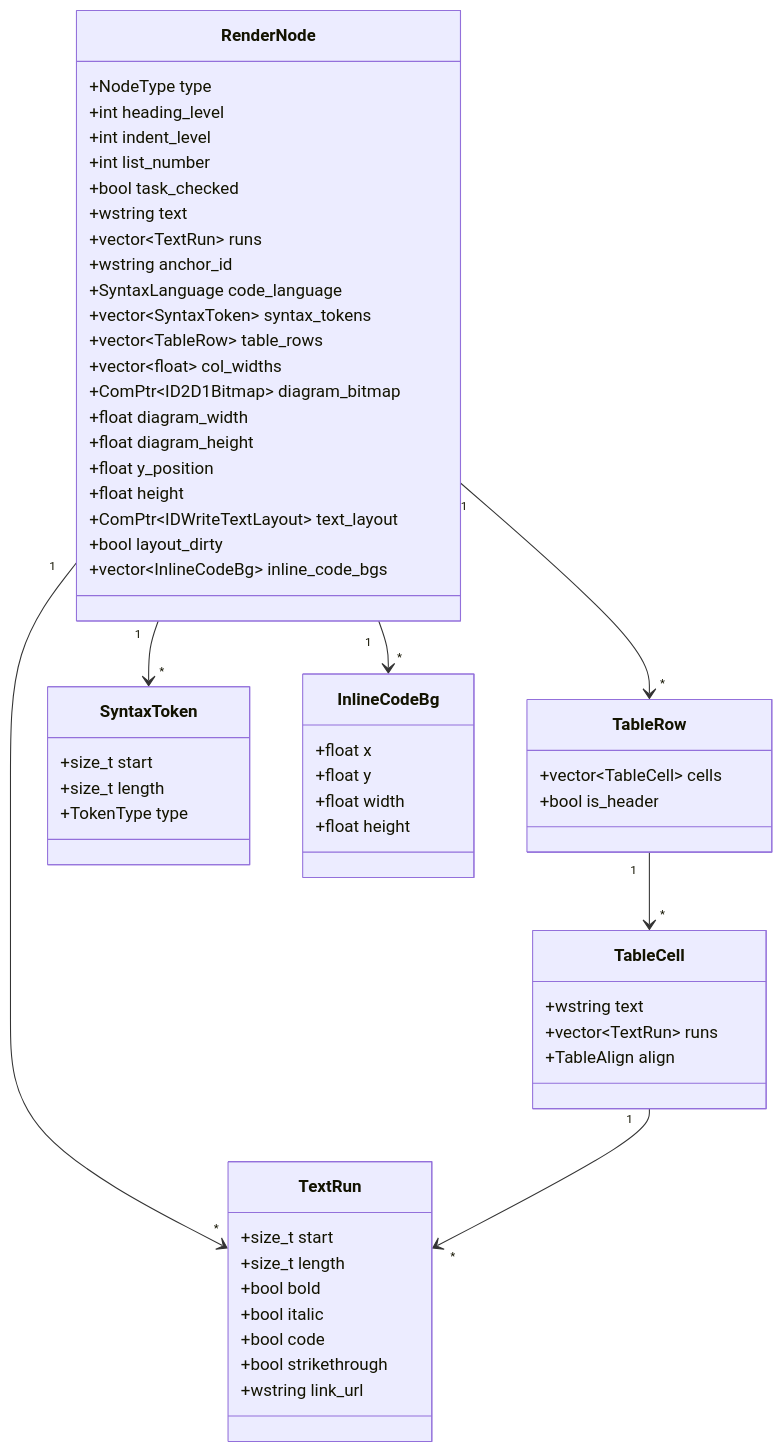
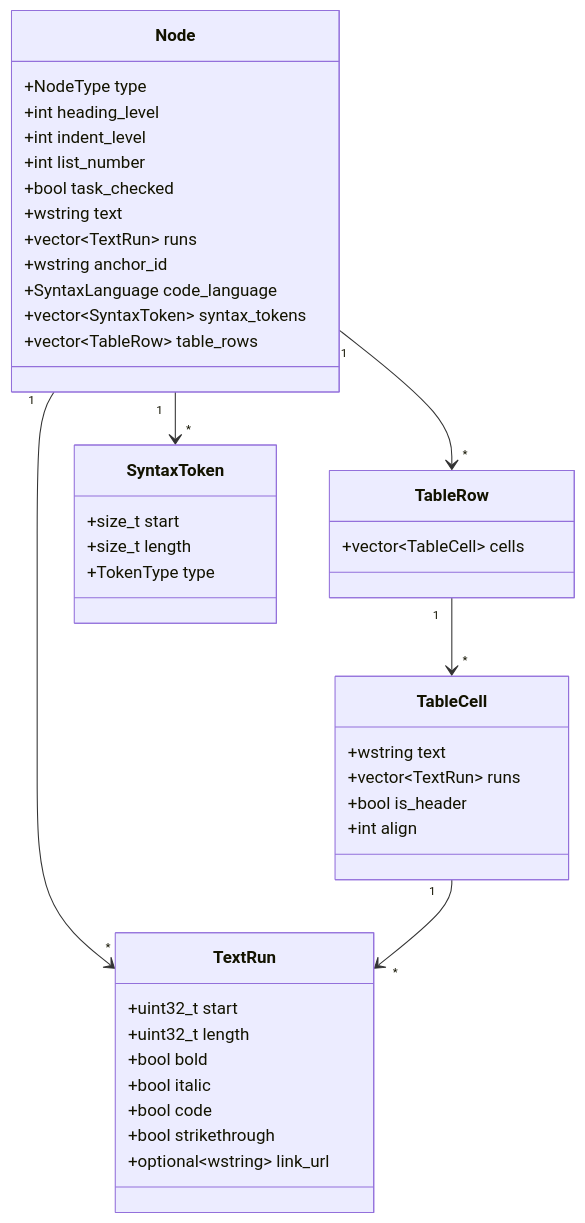
Before and after one commit to tanaton/mendo: diagram 14 of 27 in test.md, drawn with Mermaid. The commit also changed other lines of this file, not shown here.

````diff
--- a/test.md
+++ b/test.md
@@ -707,66 +1149,49 @@
 ```mermaid
 classDiagram
-    class RenderNode {
+    class Node {
         +NodeType type
         +int heading_level
         +int indent_level
         +int list_number
         +bool task_checked
         +wstring text
         +vector~TextRun~ runs
         +wstring anchor_id
         +SyntaxLanguage code_language
         +vector~SyntaxToken~ syntax_tokens
         +vector~TableRow~ table_rows
-        +vector~float~ col_widths
-        +ComPtr~ID2D1Bitmap~ diagram_bitmap
-        +float diagram_width
-        +float diagram_height
-        +float y_position
-        +float height
-        +ComPtr~IDWriteTextLayout~ text_layout
-        +bool layout_dirty
-        +vector~InlineCodeBg~ inline_code_bgs
     }
 
     class TextRun {
-        +size_t start
-        +size_t length
+        +uint32_t start
+        +uint32_t length
         +bool bold
         +bool italic
         +bool code
         +bool strikethrough
-        +wstring link_url
+        +optional~wstring~ link_url
     }
 
     class TableRow {
         +vector~TableCell~ cells
-        +bool is_header
     }
 
     class TableCell {
         +wstring text
         +vector~TextRun~ runs
-        +TableAlign align
+        +bool is_header
+        +int align
     }
 
     class SyntaxToken {
         +size_t start
         +size_t length
         +TokenType type
     }
 
-    class InlineCodeBg {
-        +float x
-        +float y
-        +float width
-        +float height
-    }
-
-    RenderNode "1" --> "*" TextRun
-    RenderNode "1" --> "*" TableRow
-    RenderNode "1" --> "*" SyntaxToken
-    RenderNode "1" --> "*" InlineCodeBg
+    Node "1" --> "*" TextRun
+    Node "1" --> "*" TableRow
+    Node "1" --> "*" SyntaxToken
     TableRow "1" --> "*" TableCell
     TableCell "1" --> "*" TextRun
 ```
````
